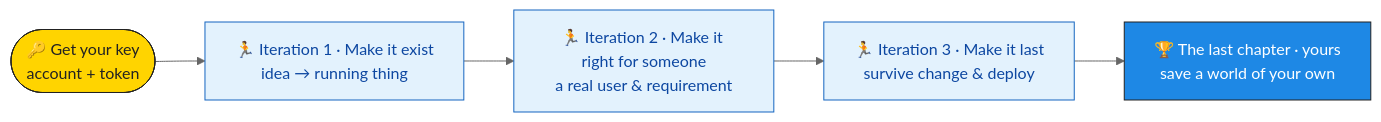
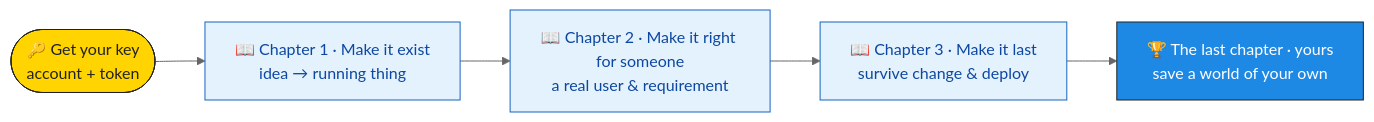
Before and after one commit to michelzam/lightcodepedia: the diagram in docs/micro_build_ai/index.md, drawn with Mermaid (neutral theme). The commit also changed other lines of this file and 4 other files, not shown here.

First line of the commit message:
refactor(build-ai): rename the three arcs "iteration" -> "chapter"; shrink poster

````diff
--- a/docs/micro_build_ai/index.md
+++ b/docs/micro_build_ai/index.md
@@ -46,11 +46,11 @@
 ```mermaid
 graph LR
   K([🔑 Get your key<br/>account + token]):::key --> I1
-  I1[🏃 Iteration 1 · Make it exist<br/>idea → running thing]:::iter --> I2
-  I2[🏃 Iteration 2 · Make it right for someone<br/>a real user & requirement]:::iter --> I3
-  I3[🏃 Iteration 3 · Make it last<br/>survive change & deploy]:::iter --> CAP
+  I1[📖 Chapter 1 · Make it exist<br/>idea → running thing]:::iter --> I2
+  I2[📖 Chapter 2 · Make it right for someone<br/>a real user & requirement]:::iter --> I3
+  I3[📖 Chapter 3 · Make it last<br/>survive change & deploy]:::iter --> CAP
   CAP[🏆 The last chapter · yours<br/>save a world of your own]:::cap
   classDef key fill:#ffd400,stroke:#222,color:#222;
   classDef iter fill:#e3f2fd,stroke:#1565c0,color:#0d47a1;
   classDef cap fill:#1e88e5,stroke:#222,color:#fff;
 ```
````
